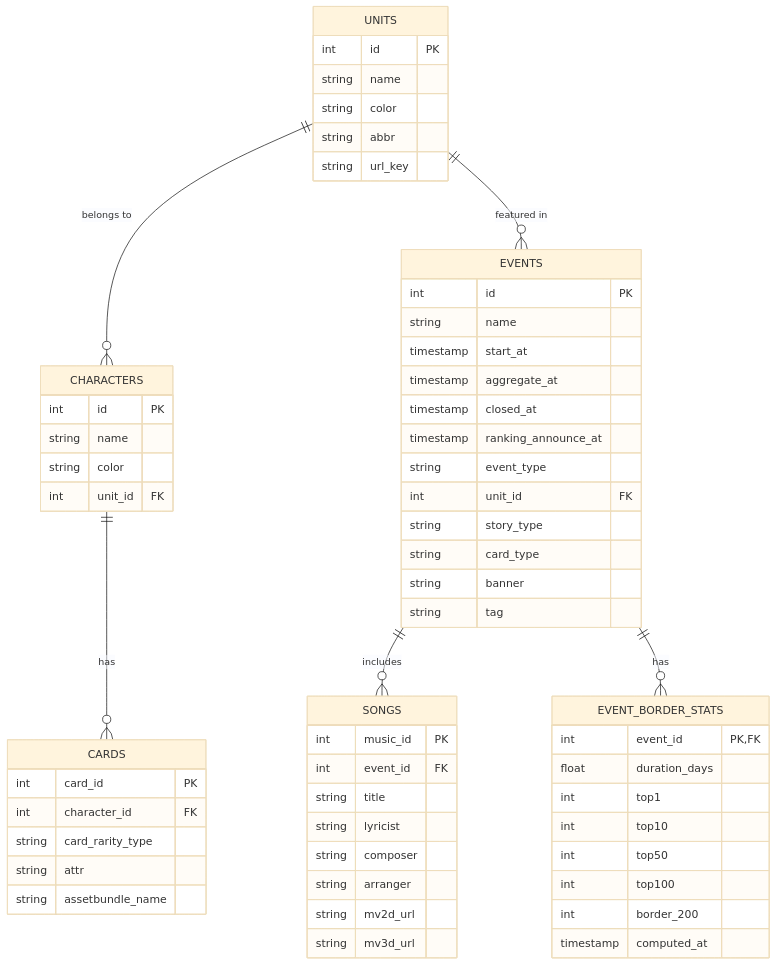
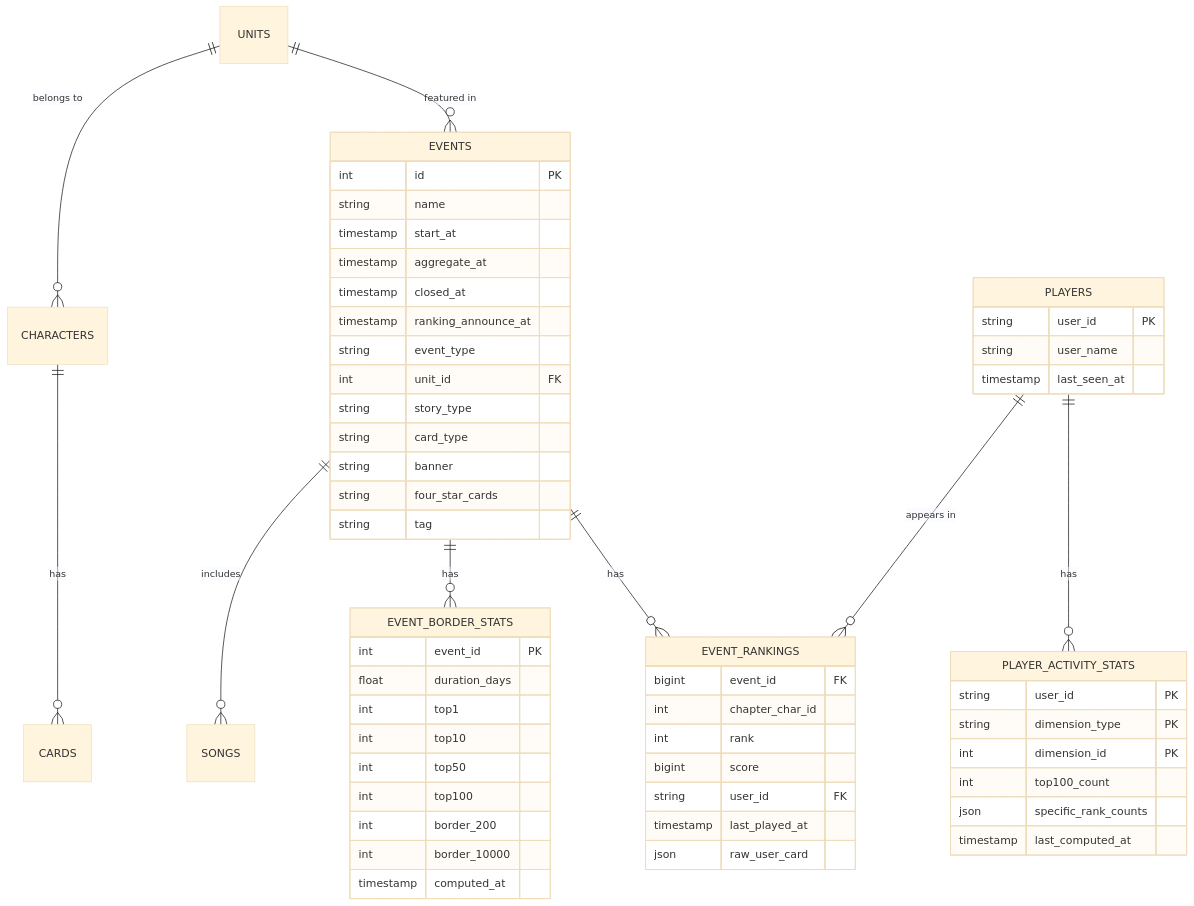
The diagram in docs/DATABASE_SCHEMA.md (rockzerox/Project-Sekai-Ranking), drawn with Mermaid (base theme) before and after one commit. The commit also changed other lines of this file and 5 other files, not shown here.

Commit message:
feat: upgrade to 5-dimension player activity stats engine and fix redundant World Link chapter counting

````diff
--- a/docs/DATABASE_SCHEMA.md
+++ b/docs/DATABASE_SCHEMA.md
@@ -10,68 +14,64 @@
 ```mermaid
 erDiagram
     UNITS ||--o{ CHARACTERS : "belongs to"
     UNITS ||--o{ EVENTS : "featured in"
     CHARACTERS ||--o{ CARDS : "has"
     EVENTS ||--o{ SONGS : "includes"
     EVENTS ||--o{ EVENT_BORDER_STATS : "has"
-
-    UNITS {
-        int id PK
-        string name
-        string color
-        string abbr
-        string url_key
-    }
-
-    CHARACTERS {
-        int id PK
-        string name
-        string color
-        int unit_id FK
-    }
-
-    CARDS {
-        int card_id PK
-        int character_id FK
-        string card_rarity_type
-        string attr
-        string assetbundle_name
-    }
+    EVENTS ||--o{ EVENT_RANKINGS : "has"
+    PLAYERS ||--o{ EVENT_RANKINGS : "appears in"
+    PLAYERS ||--o{ PLAYER_ACTIVITY_STATS : "has"
 
     EVENTS {
         int id PK
         string name
         timestamp start_at
         timestamp aggregate_at
         timestamp closed_at
         timestamp ranking_announce_at
         string event_type
         int unit_id FK
         string story_type
         string card_type
         string banner
+        string four_star_cards
         string tag
     }
 
-    SONGS {
-        int music_id PK
-        int event_id FK
-        string title
-        string lyricist
-        string composer
-        string arranger
-        string mv2d_url
-        string mv3d_url
+    EVENT_RANKINGS {
+        bigint event_id FK
+        int chapter_char_id
+        int rank
+        bigint score
+        string user_id FK
+        timestamp last_played_at
+        json raw_user_card
+    }
+
+    PLAYERS {
+        string user_id PK
+        string user_name
+        timestamp last_seen_at
+    }
+
+    PLAYER_ACTIVITY_STATS {
+        string user_id PK
+        string dimension_type PK
+        int dimension_id PK
+        int top100_count
+        json specific_rank_counts
+        timestamp last_computed_at
     }
 
     EVENT_BORDER_STATS {
-        int event_id PK, FK
+        int event_id PK
         float duration_days
         int top1
         int top10
         int top50
         int top100
         int border_200
+        int border_10000
         timestamp computed_at
     }
 ```
````
